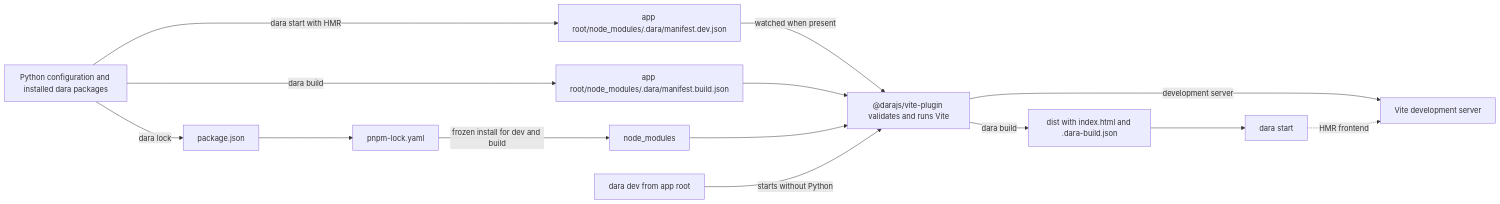
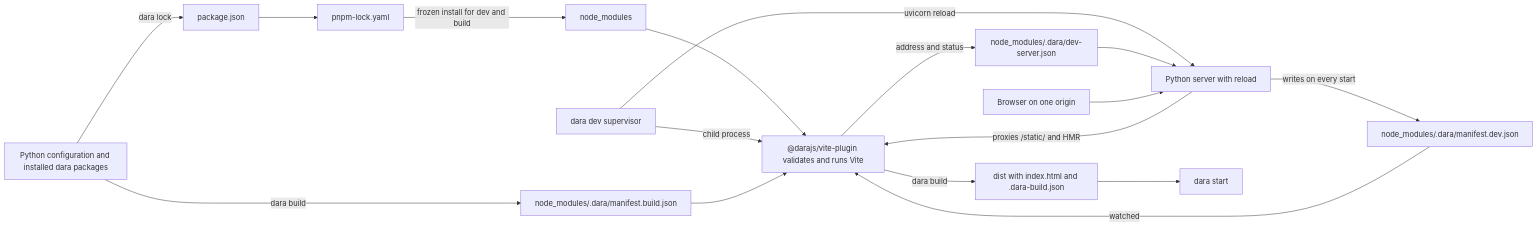
The diagram in docs-internal/proposals/dara-js-build-redesign.md (causalens/dara), drawn with Mermaid before and after one commit. The commit also changed other lines of this file, not shown here.

Commit message:
docs: redesign JS build as Dara 2.0

````diff
--- a/docs-internal/proposals/dara-js-build-redesign.md
+++ b/docs-internal/proposals/dara-js-build-redesign.md
@@ -155,25 +186,27 @@
 ```mermaid
 flowchart LR
     config["Python configuration and installed dara packages"]
     package["package.json"]
     lock["pnpm-lock.yaml"]
-    devManifest["app root/node_modules/.dara/manifest.dev.json"]
-    buildManifest["app root/node_modules/.dara/manifest.build.json"]
     modules["node_modules"]
+    devManifest["node_modules/.dara/manifest.dev.json"]
+    devServer["node_modules/.dara/dev-server.json"]
+    buildManifest["node_modules/.dara/manifest.build.json"]
     vite["@darajs/vite-plugin validates and runs Vite"]
-    devCommand["dara dev from app root"]
-    dev["Vite development server"]
+    supervisor["dara dev supervisor"]
+    backend["Python server with reload"]
+    browser["Browser on one origin"]
     dist["dist with index.html and .dara-build.json"]
     start["dara start"]
 
     config -->|"dara lock"| package --> lock
     lock -->|"frozen install for dev and build"| modules
-    config -->|"dara start with HMR"| devManifest
-    devManifest -->|"watched when present"| vite
+    modules --> vite
+    supervisor -->|"child process"| vite
+    supervisor -->|"uvicorn reload"| backend
+    backend -->|"writes on every start"| devManifest -->|"watched"| vite
+    vite -->|"address and status"| devServer --> backend
+    browser --> backend -->|"proxies /static/ and HMR"| vite
     config -->|"dara build"| buildManifest --> vite
-    modules --> vite
-    devCommand -->|"starts without Python"| vite
-    vite -->|"development server"| dev
     vite -->|"dara build"| dist --> start
-    start -.->|"HMR frontend"| dev
 ```
````
